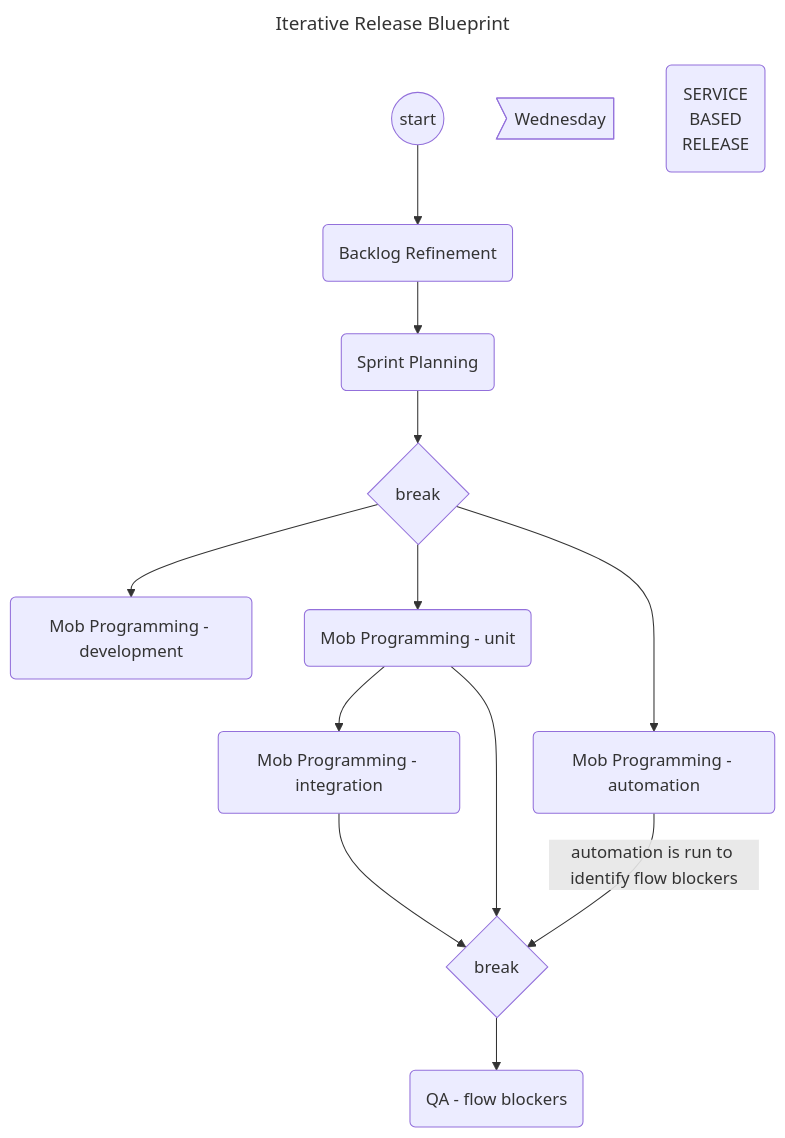
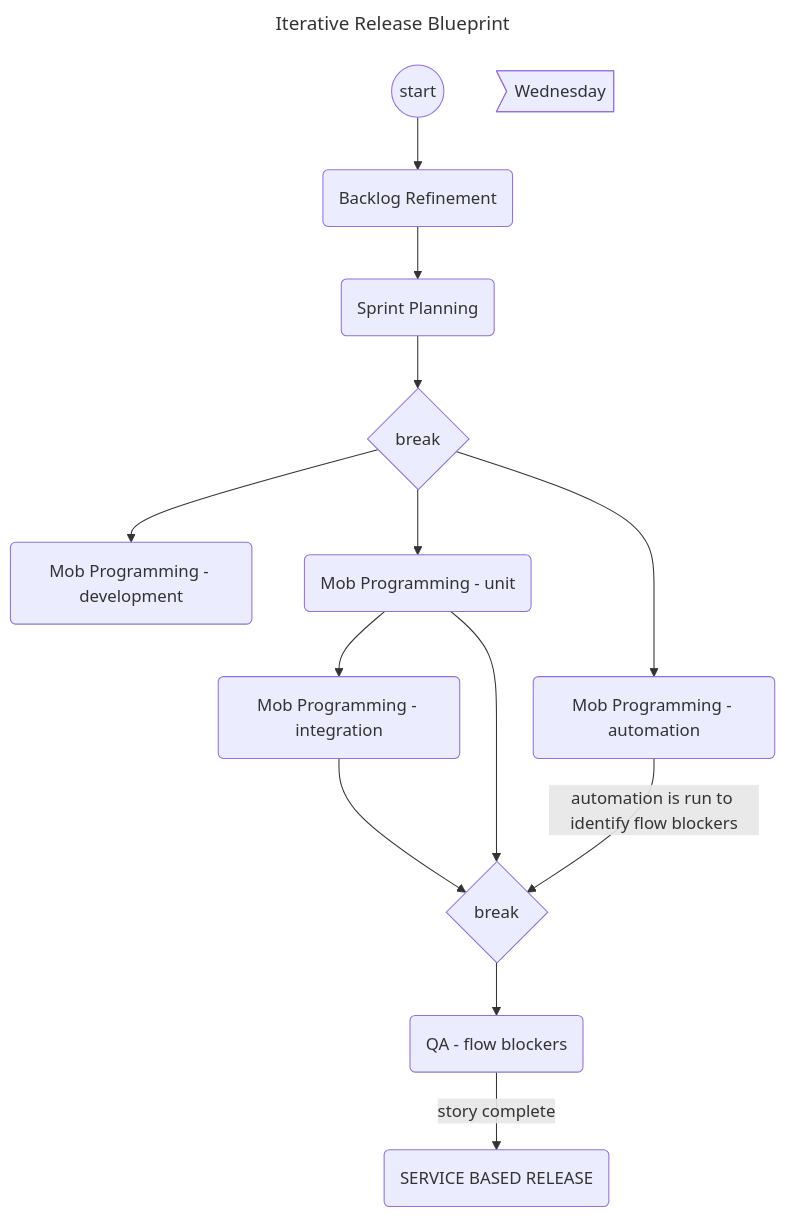
One commit to jessicahirsch/Mermaid-Diagrams changed the diagram in diagrams/diagram3.mmd. Above: the diagram before and after it, drawn with Mermaid.

Commit message:
feat: complete service based release part 1

```diff
--- a/diagrams/diagram3.mmd
+++ b/diagrams/diagram3.mmd
@@ -1,27 +1,25 @@
 ---
 title: Iterative Release Blueprint
 ---
 
 flowchart TD
 
 id1((start))-->A(Backlog Refinement)
 A(Backlog Refinement)-->B(Sprint Planning)
 
 id2>Wednesday]
 B(Sprint Planning)
 
 B(Sprint Planning)-->id3{break}
 
 id3{break}-->C(Mob Programming - development)
 id3{break}-->D(Mob Programming - unit)-->F(Mob Programming - integration)
 id3{break}-->E(Mob Programming - automation)
 
 D(Mob Programming - unit)-->id4{break}
 E(Mob Programming - automation)-->|automation is run to identify flow blockers|id4{break}
 F(Mob Programming - integration)-->id4{break}
 
 id4{break}-->G(QA - flow blockers)
 
-X(SERVICE
-BASED
-RELEASE)
+G(QA - flow blockers)-->|story complete|X(SERVICE BASED RELEASE)
```
